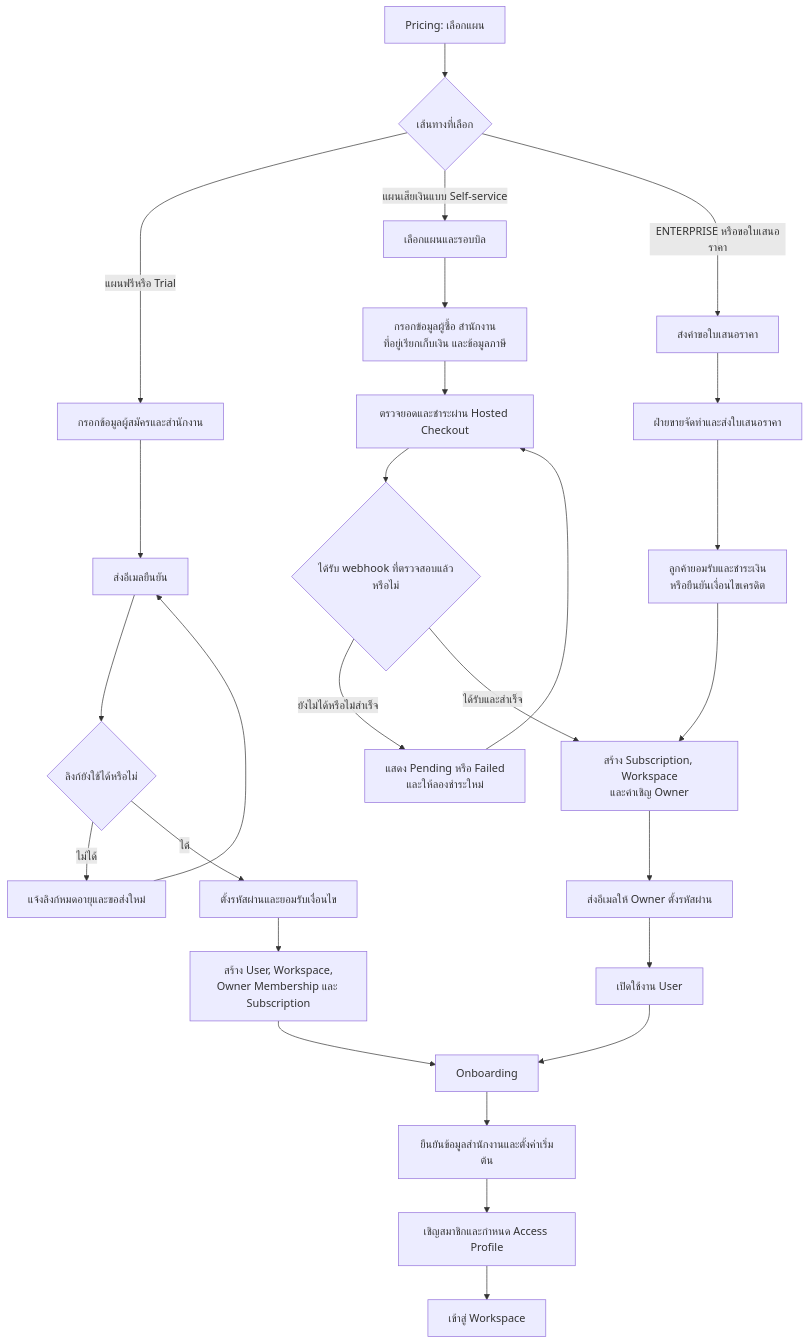
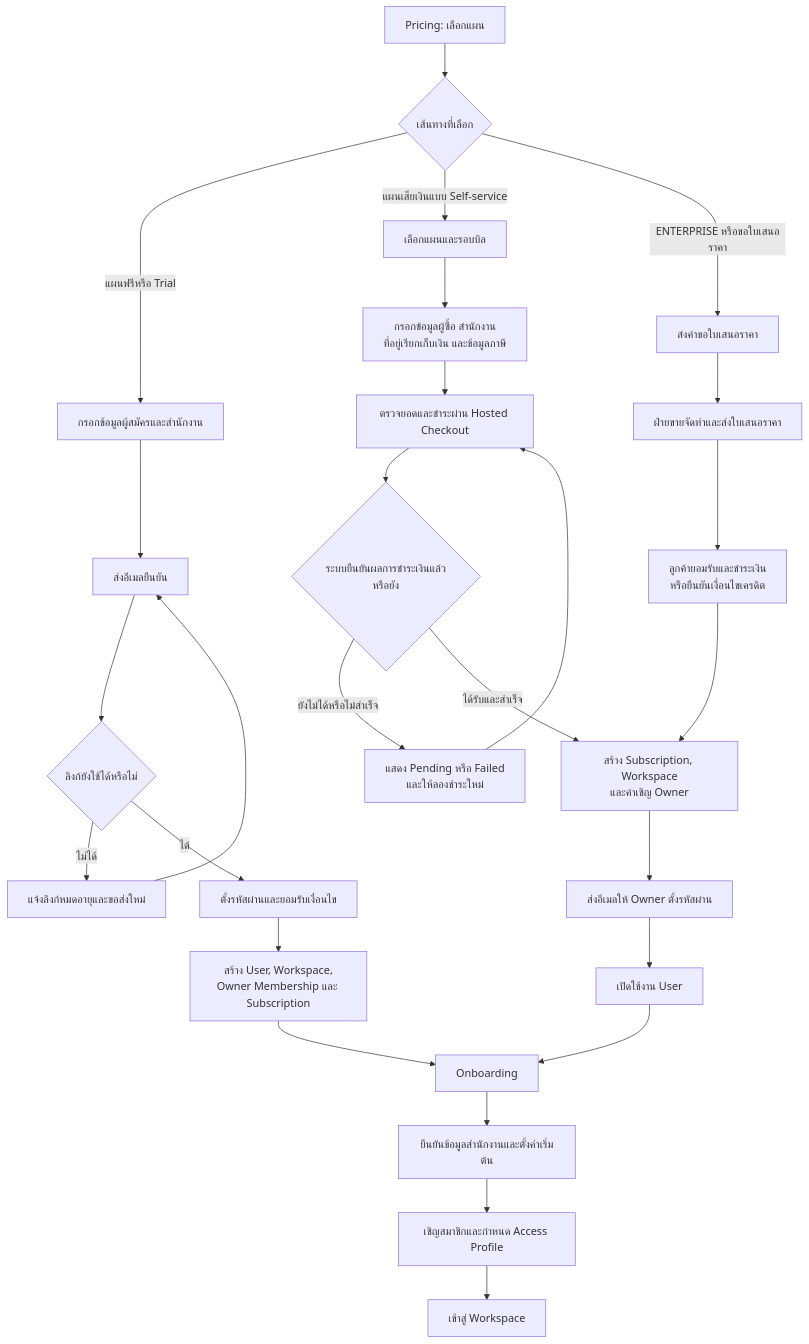
Before and after one commit to yukasung/mattersolv_docs: the first of 2 diagrams in docs/app/docs/plans/subscription-access/page.mdx, drawn with Mermaid. The commit also changed 1 other file, not shown here.

Commit message:
docs: simplify payment confirmation wording

````diff
--- a/docs/app/docs/plans/subscription-access/page.mdx
+++ b/docs/app/docs/plans/subscription-access/page.mdx
@@ -27,33 +27,33 @@
 ```mermaid
 flowchart TD
   A["Pricing: เลือกแผน"] --> B{"เส้นทางที่เลือก"}
 
   B -->|แผนฟรีหรือ Trial| T1["กรอกข้อมูลผู้สมัครและสำนักงาน"]
   T1 --> T2["ส่งอีเมลยืนยัน"]
   T2 --> T3{"ลิงก์ยังใช้ได้หรือไม่"}
   T3 -->|ไม่ได้| T4["แจ้งลิงก์หมดอายุและขอส่งใหม่"]
   T4 --> T2
   T3 -->|ได้| T5["ตั้งรหัสผ่านและยอมรับเงื่อนไข"]
   T5 --> Provision["สร้าง User, Workspace,<br/>Owner Membership และ Subscription"]
 
   B -->|แผนเสียเงินแบบ Self-service| P1["เลือกแผนและรอบบิล"]
   P1 --> P2["กรอกข้อมูลผู้ซื้อ สำนักงาน<br/>ที่อยู่เรียกเก็บเงิน และข้อมูลภาษี"]
   P2 --> P3["ตรวจยอดและชำระผ่าน Hosted Checkout"]
-  P3 --> P4{"ได้รับ webhook ที่ตรวจสอบแล้วหรือไม่"}
+  P3 --> P4{"ระบบยืนยันผลการชำระเงินแล้วหรือยัง"}
   P4 -->|ยังไม่ได้หรือไม่สำเร็จ| P5["แสดง Pending หรือ Failed<br/>และให้ลองชำระใหม่"]
   P5 --> P3
   P4 -->|ได้รับและสำเร็จ| P6["สร้าง Subscription, Workspace<br/>และคำเชิญ Owner"]
   P6 --> P7["ส่งอีเมลให้ Owner ตั้งรหัสผ่าน"]
   P7 --> P8["เปิดใช้งาน User"]
   P8 --> Onboarding
 
   B -->|ENTERPRISE หรือขอใบเสนอราคา| Q1["ส่งคำขอใบเสนอราคา"]
   Q1 --> Q2["ฝ่ายขายจัดทำและส่งใบเสนอราคา"]
   Q2 --> Q3["ลูกค้ายอมรับและชำระเงิน<br/>หรือยืนยันเงื่อนไขเครดิต"]
   Q3 --> P6
 
   Provision --> Onboarding["Onboarding"]
   Onboarding --> O1["ยืนยันข้อมูลสำนักงานและตั้งค่าเริ่มต้น"]
   O1 --> O2["เชิญสมาชิกและกำหนด Access Profile"]
   O2 --> O3["เข้าสู่ Workspace"]
 ```
````
